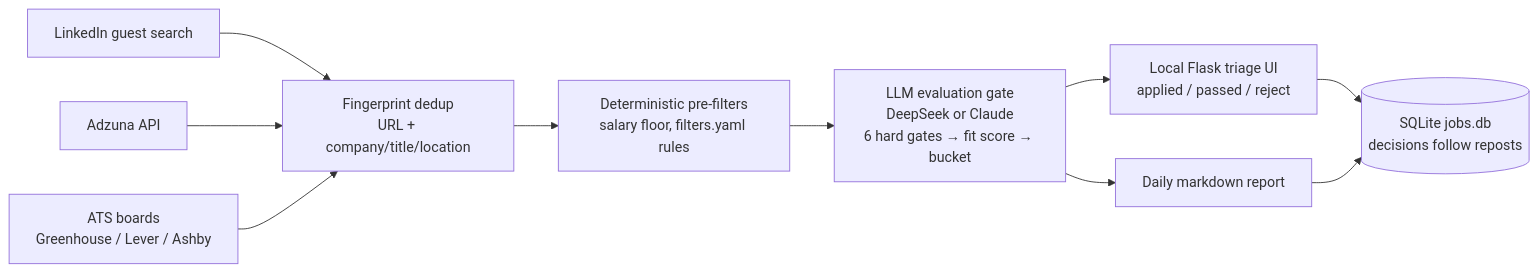
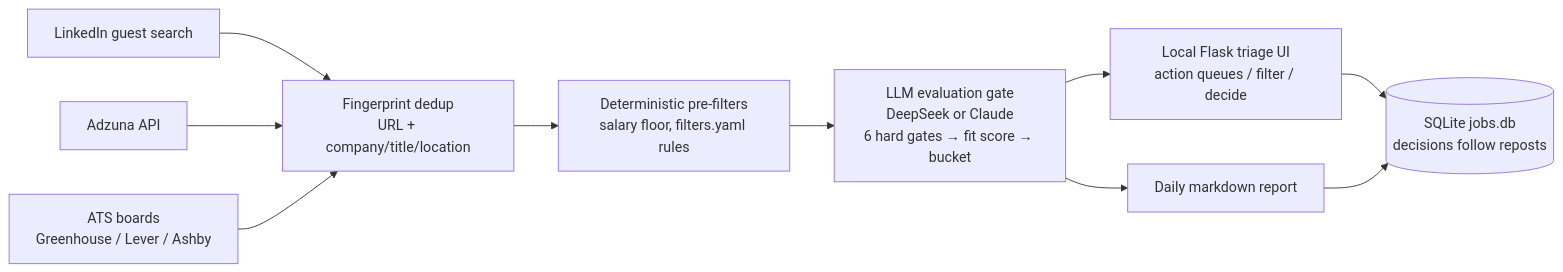
The diagram in README.md (MIDDLESECOND/jobsearch_pipeline), drawn with Mermaid before and after one commit. The commit also changed other lines of this file and 10 other files, not shown here.

````diff
--- a/README.md
+++ b/README.md
@@ -34,12 +34,12 @@
 ```mermaid
 flowchart LR
     A["LinkedIn guest search"] --> D["Fingerprint dedup<br/>URL + company/title/location"]
     B["Adzuna API"] --> D
     C["ATS boards<br/>Greenhouse / Lever / Ashby"] --> D
     D --> E["Deterministic pre-filters<br/>salary floor, filters.yaml rules"]
     E --> F["LLM evaluation gate<br/>DeepSeek or Claude<br/>6 hard gates → fit score → bucket"]
     F --> G["Daily markdown report"]
-    F --> H["Local Flask triage UI<br/>applied / passed / reject"]
+    F --> H["Local Flask triage UI<br/>action queues / filter / decide"]
     H --> I[("SQLite jobs.db<br/>decisions follow reposts")]
     G --> I
 ```
````
